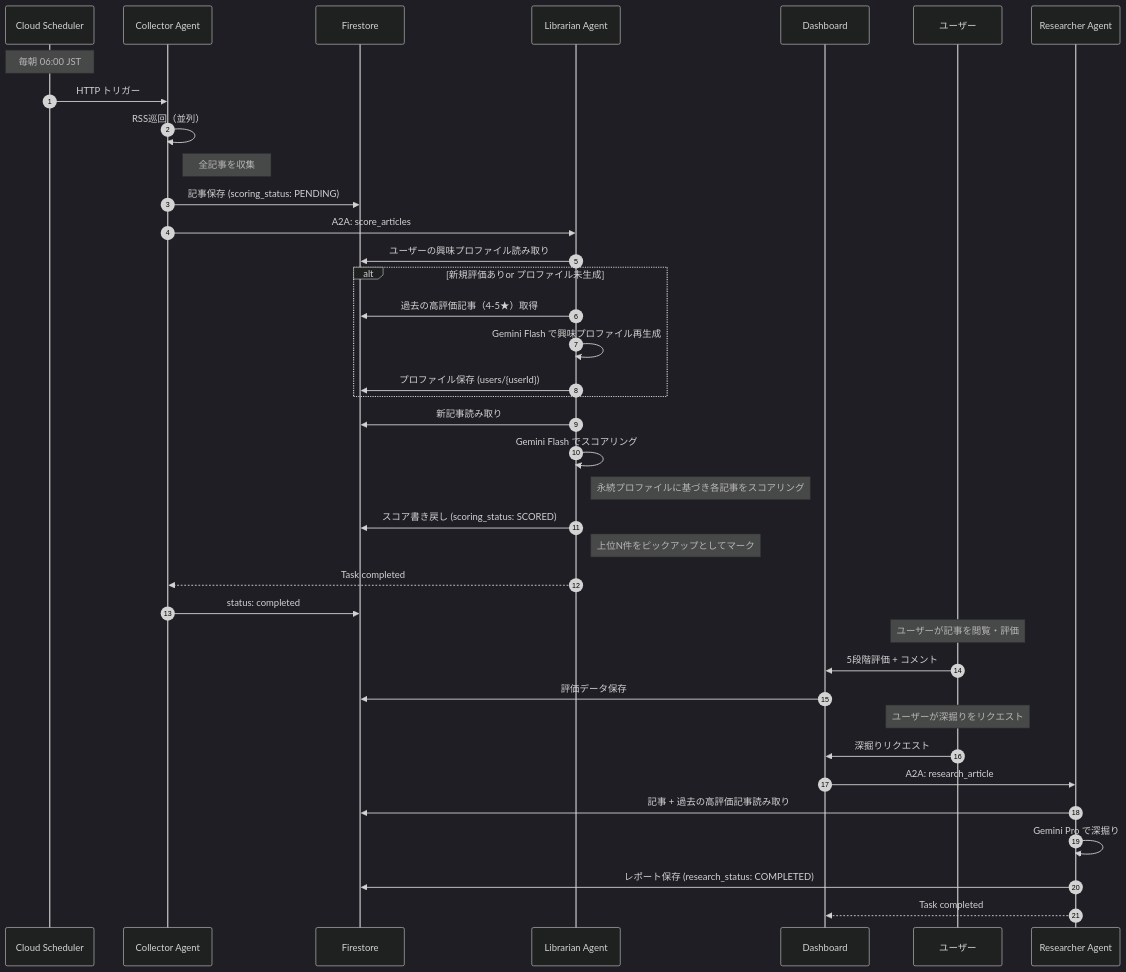
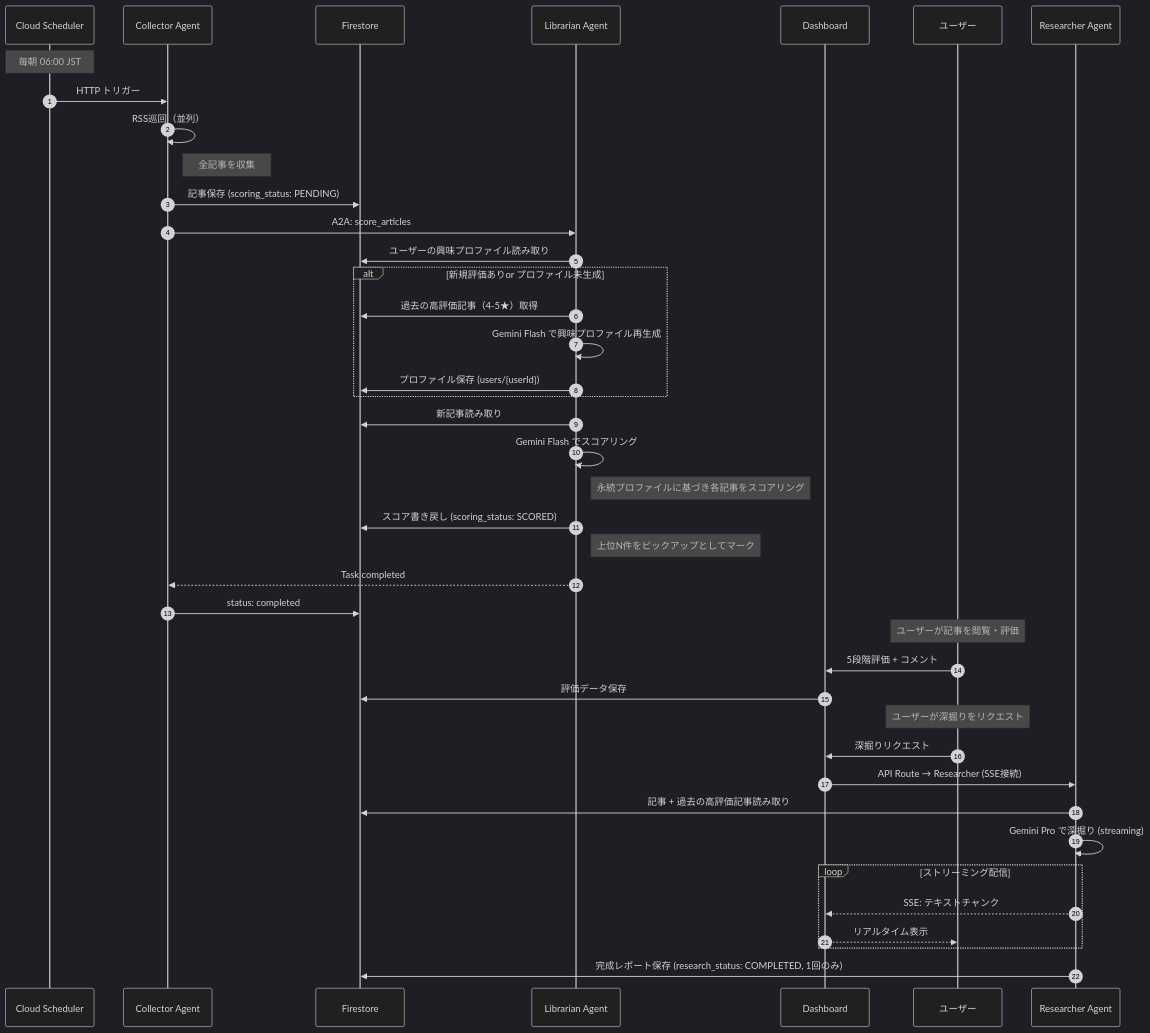
Before and after one commit to Renz0043/curation-persona: the second of 2 diagrams in docs/Design_doc.md, drawn with Mermaid (dark theme). The commit also changed other lines of this file and 1 other file, not shown here.

Commit message:
docs: Phase 4のSSEストリーミング設計とPRDステップ更新

````diff
--- a/docs/Design_doc.md
+++ b/docs/Design_doc.md
@@ -227,46 +233,49 @@
 ```mermaid
 sequenceDiagram
     autonumber
     participant Scheduler as Cloud Scheduler
     participant Collector as Collector Agent
     participant DB as Firestore
     participant Librarian as Librarian Agent
     participant Dashboard as Dashboard
     participant User as ユーザー
     participant Researcher as Researcher Agent
 
     Note over Scheduler: 毎朝 06:00 JST
     Scheduler->>Collector: HTTP トリガー
 
     Collector->>Collector: RSS巡回（並列）
     Note right of Collector: 全記事を収集
     Collector->>DB: 記事保存 (scoring_status: PENDING)
     Collector->>Librarian: A2A: score_articles
 
     Librarian->>DB: ユーザーの興味プロファイル読み取り
     alt 新規評価ありor プロファイル未生成
         Librarian->>DB: 過去の高評価記事（4-5★）取得
         Librarian->>Librarian: Gemini Flash で興味プロファイル再生成
         Librarian->>DB: プロファイル保存 (users/{userId})
     end
     Librarian->>DB: 新記事読み取り
     Librarian->>Librarian: Gemini Flash でスコアリング
     Note right of Librarian: 永続プロファイルに基づき各記事をスコアリング
     Librarian->>DB: スコア書き戻し (scoring_status: SCORED)
     Note right of Librarian: 上位N件をピックアップとしてマーク
 
     Librarian-->>Collector: Task completed
     Collector->>DB: status: completed
 
     Note over User: ユーザーが記事を閲覧・評価
     User->>Dashboard: 5段階評価 + コメント
     Dashboard->>DB: 評価データ保存
 
     Note over User: ユーザーが深掘りをリクエスト
     User->>Dashboard: 深掘りリクエスト
-    Dashboard->>Researcher: A2A: research_article
+    Dashboard->>Researcher: API Route → Researcher (SSE接続)
     Researcher->>DB: 記事 + 過去の高評価記事読み取り
-    Researcher->>Researcher: Gemini Pro で深掘り
-    Researcher->>DB: レポート保存 (research_status: COMPLETED)
-    Researcher-->>Dashboard: Task completed
+    Researcher->>Researcher: Gemini Pro で深掘り (streaming)
+    loop ストリーミング配信
+        Researcher-->>Dashboard: SSE: テキストチャンク
+        Dashboard-->>User: リアルタイム表示
+    end
+    Researcher->>DB: 完成レポート保存 (research_status: COMPLETED, 1回のみ)
 ```
````
